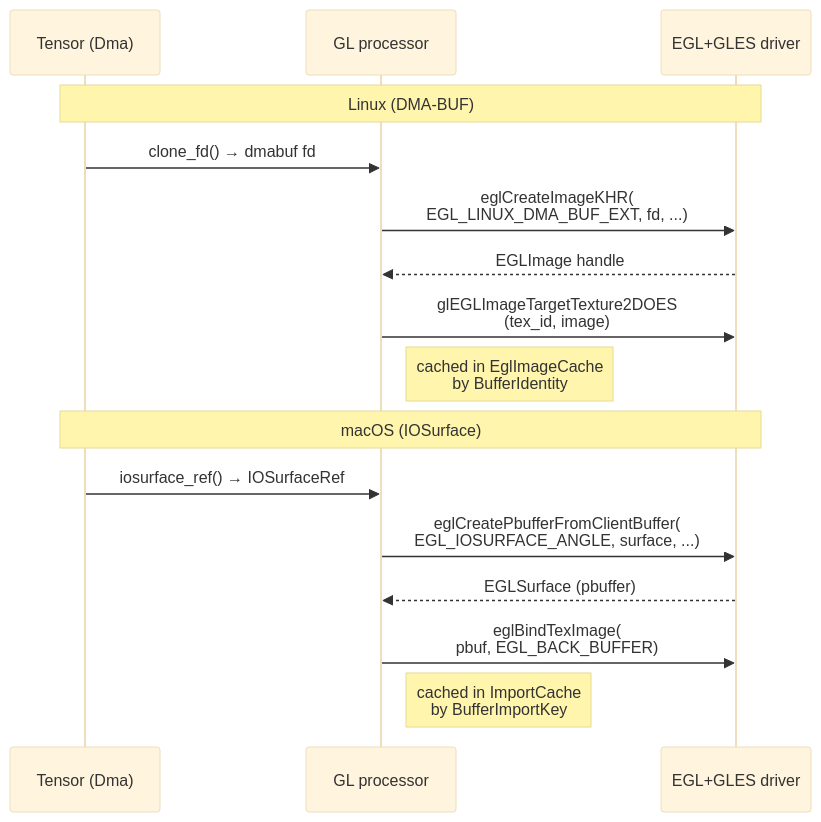
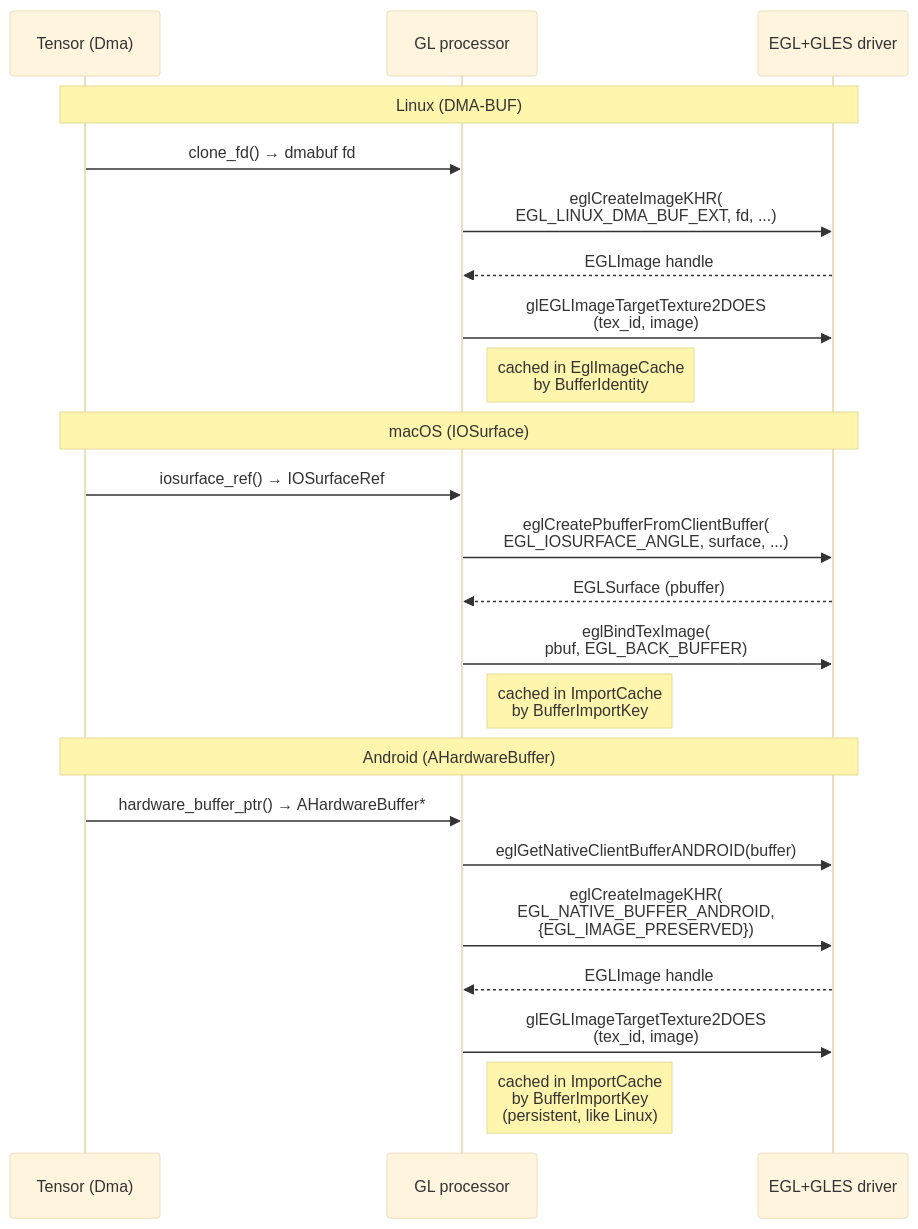
The third of 3 diagrams in crates/image/ARCHITECTURE.md (EdgeFirstAI/hal), drawn with Mermaid (base theme) before and after one commit. The commit also changed other lines of this file and 5 other files, not shown here.

````diff
--- a/crates/image/ARCHITECTURE.md
+++ b/crates/image/ARCHITECTURE.md
@@ -244,20 +246,28 @@
 ```mermaid
 sequenceDiagram
     participant Tensor as Tensor (Dma)
     participant Backend as GL processor
     participant Driver as EGL+GLES driver
 
     Note over Tensor,Driver: Linux (DMA-BUF)
     Tensor->>Backend: clone_fd() → dmabuf fd
     Backend->>Driver: eglCreateImageKHR(<br/>EGL_LINUX_DMA_BUF_EXT, fd, ...)
     Driver-->>Backend: EGLImage handle
     Backend->>Driver: glEGLImageTargetTexture2DOES<br/>(tex_id, image)
     Note right of Backend: cached in EglImageCache<br/>by BufferIdentity
 
     Note over Tensor,Driver: macOS (IOSurface)
     Tensor->>Backend: iosurface_ref() → IOSurfaceRef
     Backend->>Driver: eglCreatePbufferFromClientBuffer(<br/>EGL_IOSURFACE_ANGLE, surface, ...)
     Driver-->>Backend: EGLSurface (pbuffer)
     Backend->>Driver: eglBindTexImage(<br/>pbuf, EGL_BACK_BUFFER)
     Note right of Backend: cached in ImportCache<br/>by BufferImportKey
+
+    Note over Tensor,Driver: Android (AHardwareBuffer)
+    Tensor->>Backend: hardware_buffer_ptr() → AHardwareBuffer*
+    Backend->>Driver: eglGetNativeClientBufferANDROID(buffer)
+    Backend->>Driver: eglCreateImageKHR(<br/>EGL_NATIVE_BUFFER_ANDROID,<br/>{EGL_IMAGE_PRESERVED})
+    Driver-->>Backend: EGLImage handle
+    Backend->>Driver: glEGLImageTargetTexture2DOES<br/>(tex_id, image)
+    Note right of Backend: cached in ImportCache<br/>by BufferImportKey<br/>(persistent, like Linux)
 ```
````
